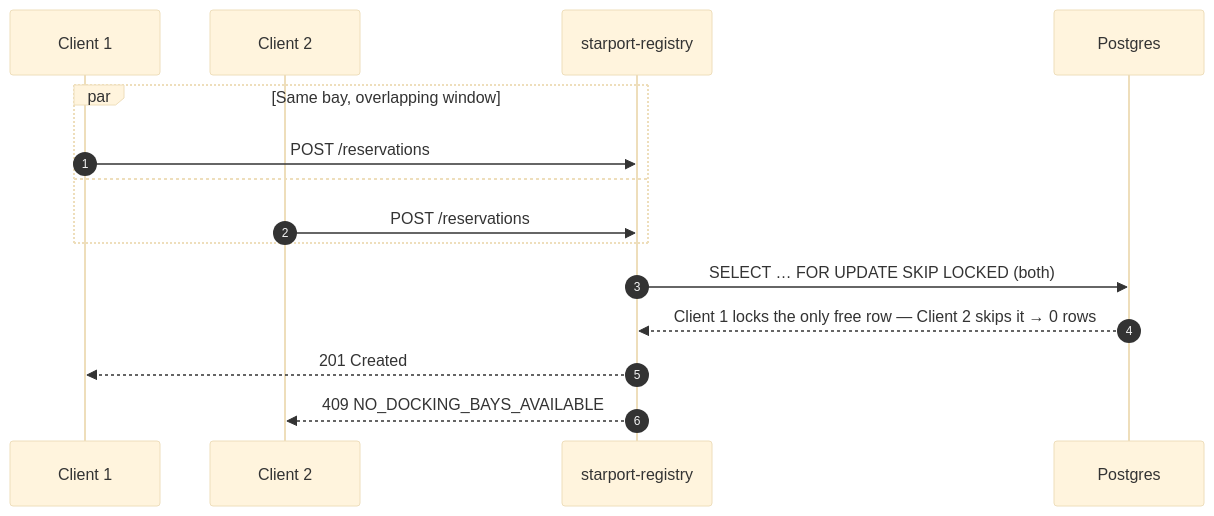
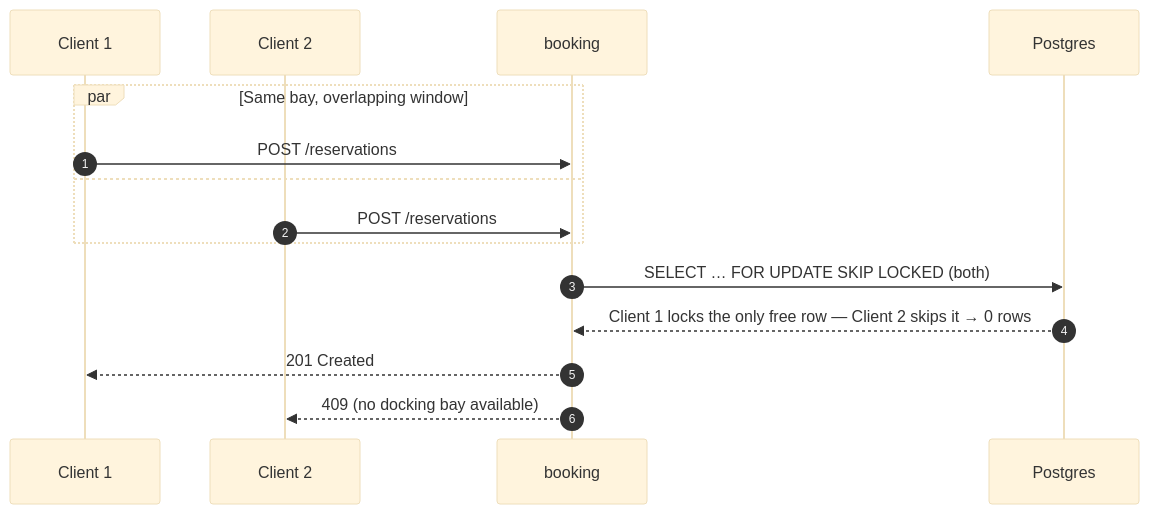
One commit to stepniewskirafal/MicroservicesFleet changed the fifth of 6 diagrams in README.md. Above: the diagram before and after it, drawn with Mermaid (base theme). The commit also changed other lines of this file and 412 other files, not shown here.

````diff
--- a/README.md
+++ b/README.md
@@ -244,18 +304,18 @@
 ```mermaid
 sequenceDiagram
     autonumber
     participant U1 as Client 1
     participant U2 as Client 2
-    participant A as starport-registry
+    participant A as booking
     participant DB as Postgres
 
     par Same bay, overlapping window
         U1->>A: POST /reservations
         and
         U2->>A: POST /reservations
     end
     A->>DB: SELECT … FOR UPDATE SKIP LOCKED  (both)
     DB-->>A: Client 1 locks the only free row — Client 2 skips it → 0 rows
     A-->>U1: 201 Created
-    A-->>U2: 409 NO_DOCKING_BAYS_AVAILABLE
+    A-->>U2: 409 (no docking bay available)
 ```
````
